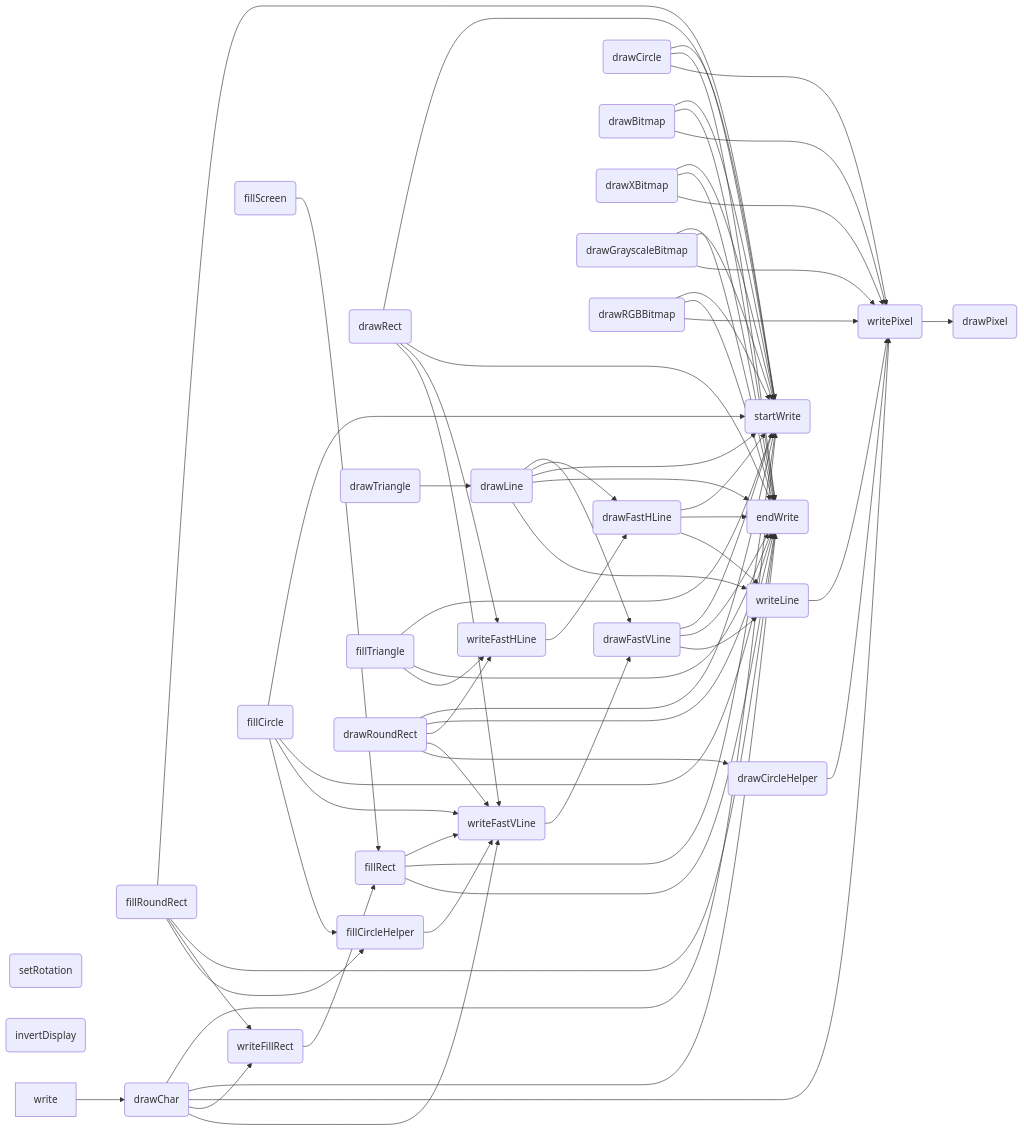
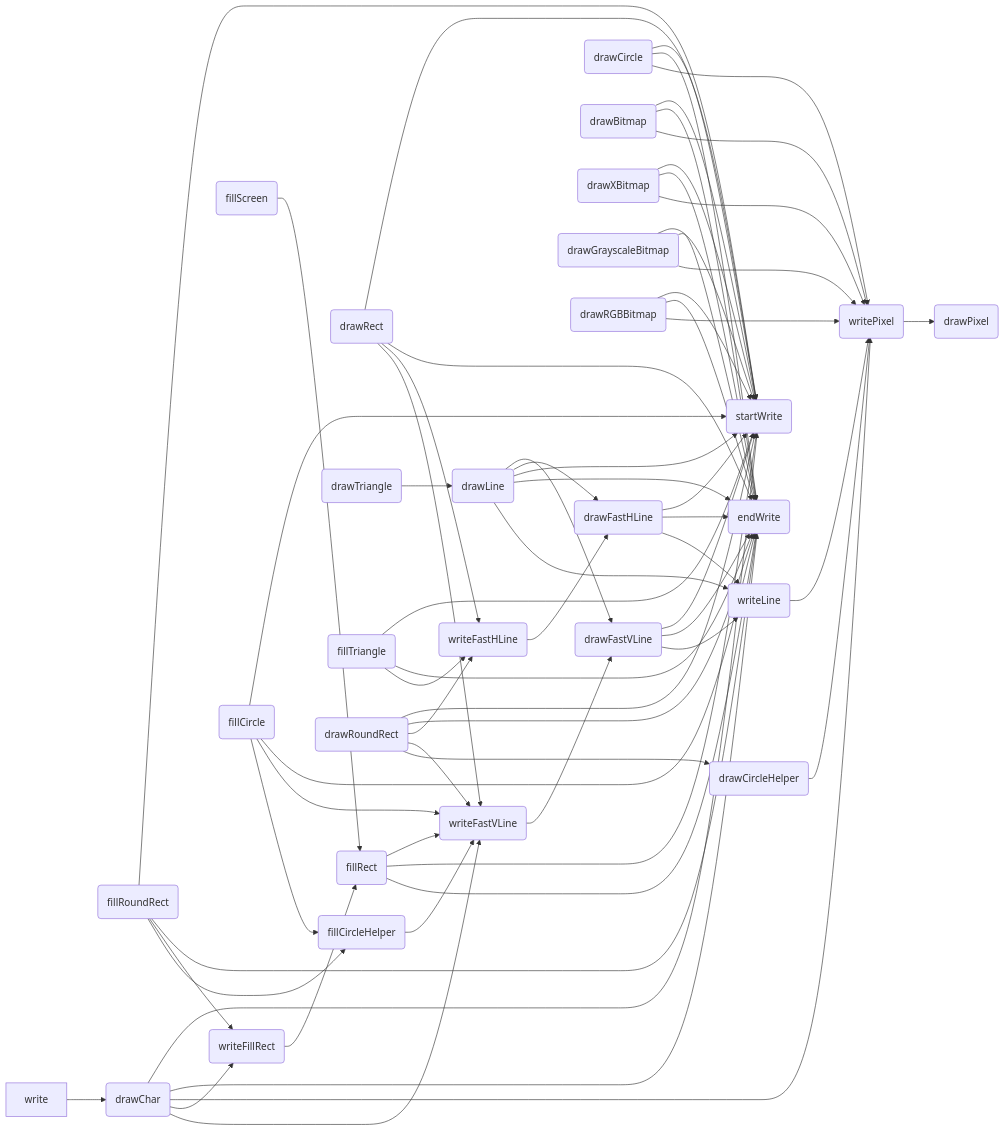
One commit to icodezhanglei/iodraw-files changed the diagram in all/未命名.md. Above: the diagram before and after it, drawn with Mermaid.

Commit message:
2024-09-13 18:42:21 update

````diff
--- a/all/未命名.md
+++ b/all/未命名.md
@@ -1,62 +1,61 @@
 ```mermaid
 flowchart LR
 
 drawPixel(drawPixel)
 startWrite(startWrite)
 endWrite(endWrite)
 writePixel(writePixel)
 writeFillRect(writeFillRect)
 writeFastVLine(writeFastVLine)
 writeFastHLine(writeFastHLine)
 writeLine(writeLine)
-setRotation(setRotation)
-invertDisplay(invertDisplay)
+
 drawFastVLine(drawFastVLine)
 drawFastHLine(drawFastHLine)
 fillRect(fillRect)
 fillScreen(fillScreen)
 drawLine(drawLine)
 drawRect(drawRect)
 drawCircle(drawCircle)
 drawCircleHelper(drawCircleHelper)
 fillCircle(fillCircle)
 fillCircleHelper(fillCircleHelper)
 drawTriangle(drawTriangle)
 fillTriangle(fillTriangle)
 drawRoundRect(drawRoundRect)
 fillRoundRect(fillRoundRect)
 drawBitmap(drawBitmap)
 drawXBitmap(drawXBitmap)
 drawGrayscaleBitmap(drawGrayscaleBitmap)
 drawRGBBitmap(drawRGBBitmap)
 drawChar(drawChar)
 
 
 writeLine --> writePixel --> drawPixel
 
 writeFastVLine --> drawFastVLine --> startWrite & endWrite
 drawFastVLine --> writeLine
 
 writeFastHLine --> drawFastHLine --> startWrite & endWrite
 drawFastHLine --> writeLine
 
 writeFillRect --> fillRect --> writeFastVLine & startWrite & endWrite
 
 fillScreen --> fillRect
 drawLine --> drawFastVLine & drawFastHLine & startWrite & endWrite & writeLine
 drawCircle --> startWrite & endWrite & writePixel
 drawCircleHelper --> writePixel
 fillCircle --> startWrite & endWrite & writeFastVLine & fillCircleHelper
 fillCircleHelper --> writeFastVLine
 drawRect --> startWrite & endWrite & writeFastHLine & writeFastVLine
 drawRoundRect --> startWrite & endWrite & writeFastHLine & writeFastVLine & drawCircleHelper
 fillRoundRect --> startWrite & endWrite & writeFillRect & fillCircleHelper
 drawTriangle --> drawLine
 fillTriangle --> startWrite & endWrite & writeFastHLine
 drawBitmap --> startWrite & endWrite & writePixel
 drawXBitmap --> startWrite & endWrite & writePixel
 drawGrayscaleBitmap --> startWrite & endWrite & writePixel
 drawRGBBitmap --> startWrite & endWrite & writePixel
 drawChar --> startWrite & endWrite & writePixel & writeFillRect & writeFastVLine
 write --> drawChar
 ```
````
